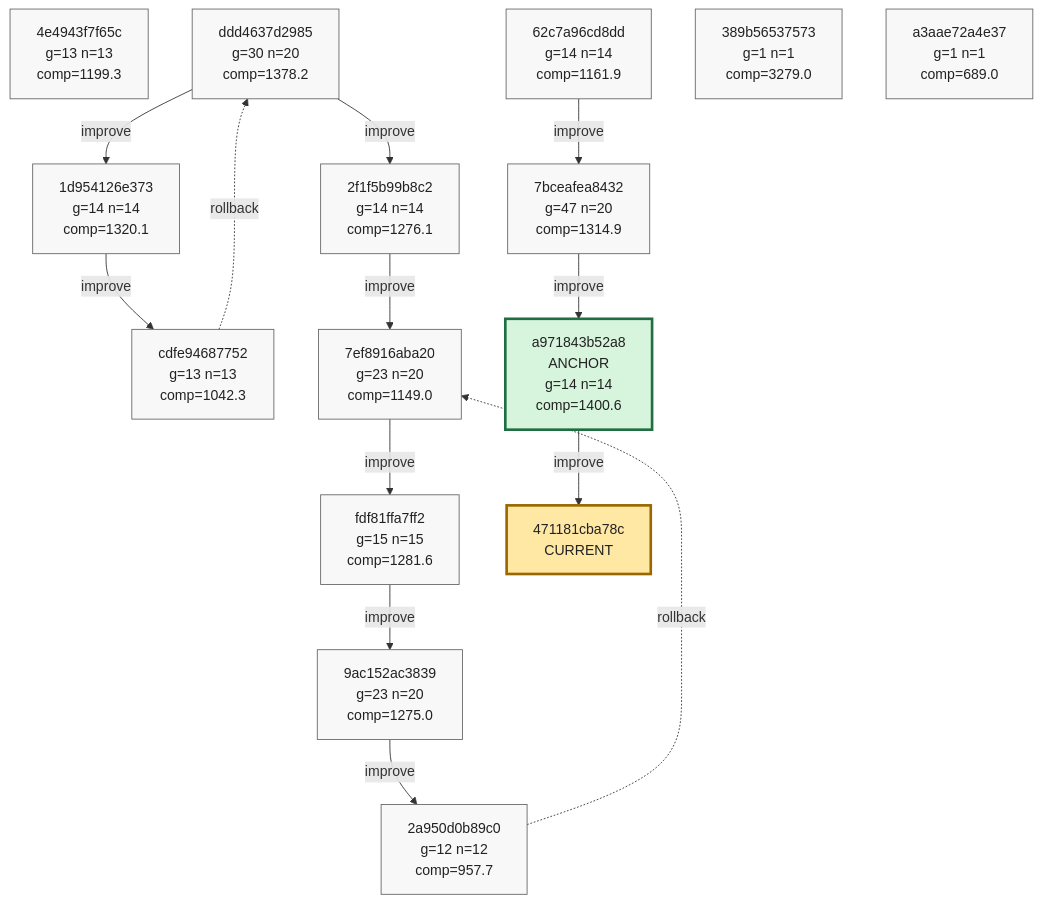
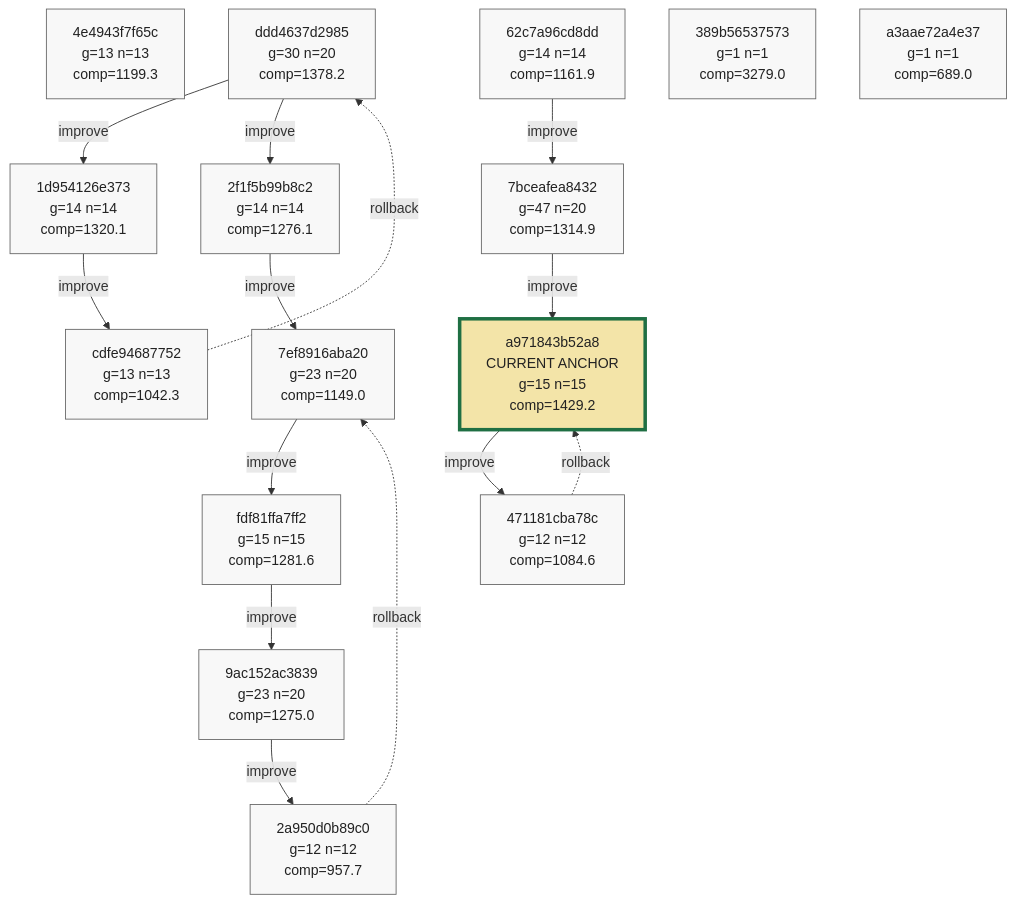
The ninth of 9 diagrams in phyrogenetic-tree.md (azumag/soviet_now), drawn with Mermaid before and after one commit. The commit also changed other lines of this file and 2 other files, not shown here.

````diff
--- a/phyrogenetic-tree.md
+++ b/phyrogenetic-tree.md
@@ -2235,52 +2236,53 @@
 ```mermaid
 flowchart TD
     h_4e4943f7f65c["4e4943f7f65c<br/>g=13 n=13<br/>comp=1199.3"]
     h_ddd4637d2985["ddd4637d2985<br/>g=30 n=20<br/>comp=1378.2"]
     h_1d954126e373["1d954126e373<br/>g=14 n=14<br/>comp=1320.1"]
     h_cdfe94687752["cdfe94687752<br/>g=13 n=13<br/>comp=1042.3"]
     h_2f1f5b99b8c2["2f1f5b99b8c2<br/>g=14 n=14<br/>comp=1276.1"]
     h_7ef8916aba20["7ef8916aba20<br/>g=23 n=20<br/>comp=1149.0"]
     h_fdf81ffa7ff2["fdf81ffa7ff2<br/>g=15 n=15<br/>comp=1281.6"]
     h_9ac152ac3839["9ac152ac3839<br/>g=23 n=20<br/>comp=1275.0"]
     h_2a950d0b89c0["2a950d0b89c0<br/>g=12 n=12<br/>comp=957.7"]
     h_62c7a96cd8dd["62c7a96cd8dd<br/>g=14 n=14<br/>comp=1161.9"]
     h_7bceafea8432["7bceafea8432<br/>g=47 n=20<br/>comp=1314.9"]
-    h_a971843b52a8["a971843b52a8<br/>ANCHOR<br/>g=14 n=14<br/>comp=1400.6"]
+    h_a971843b52a8["a971843b52a8<br/>CURRENT ANCHOR<br/>g=15 n=15<br/>comp=1429.2"]
+    h_471181cba78c["471181cba78c<br/>g=12 n=12<br/>comp=1084.6"]
     h_389b56537573["389b56537573<br/>g=1 n=1<br/>comp=3279.0"]
     h_a3aae72a4e37["a3aae72a4e37<br/>g=1 n=1<br/>comp=689.0"]
-    h_471181cba78c["471181cba78c<br/>CURRENT"]
 
     h_ddd4637d2985 -->|improve| h_1d954126e373
     h_1d954126e373 -->|improve| h_cdfe94687752
     h_cdfe94687752 -. rollback .-> h_ddd4637d2985
     h_ddd4637d2985 -->|improve| h_2f1f5b99b8c2
     h_2f1f5b99b8c2 -->|improve| h_7ef8916aba20
     h_7ef8916aba20 -->|improve| h_fdf81ffa7ff2
     h_fdf81ffa7ff2 -->|improve| h_9ac152ac3839
     h_9ac152ac3839 -->|improve| h_2a950d0b89c0
     h_2a950d0b89c0 -. rollback .-> h_7ef8916aba20
     h_62c7a96cd8dd -->|improve| h_7bceafea8432
     h_7bceafea8432 -->|improve| h_a971843b52a8
     h_a971843b52a8 -->|improve| h_471181cba78c
+    h_471181cba78c -. rollback .-> h_a971843b52a8
 
     classDef plain fill:#f8f8f8,stroke:#666,stroke-width:1px,color:#222;
     classDef current fill:#ffe8a3,stroke:#9a6700,stroke-width:3px,color:#222;
     classDef anchor fill:#d7f5dd,stroke:#1f6f43,stroke-width:3px,color:#222;
     classDef current_anchor fill:#f3e4a8,stroke:#1f6f43,stroke-width:4px,color:#222;
 
     class h_4e4943f7f65c plain;
     class h_ddd4637d2985 plain;
     class h_1d954126e373 plain;
     class h_cdfe94687752 plain;
     class h_2f1f5b99b8c2 plain;
     class h_7ef8916aba20 plain;
     class h_fdf81ffa7ff2 plain;
     class h_9ac152ac3839 plain;
     class h_2a950d0b89c0 plain;
     class h_62c7a96cd8dd plain;
     class h_7bceafea8432 plain;
-    class h_a971843b52a8 anchor;
+    class h_a971843b52a8 current_anchor;
+    class h_471181cba78c plain;
     class h_389b56537573 plain;
     class h_a3aae72a4e37 plain;
-    class h_471181cba78c current;
 ```
````
